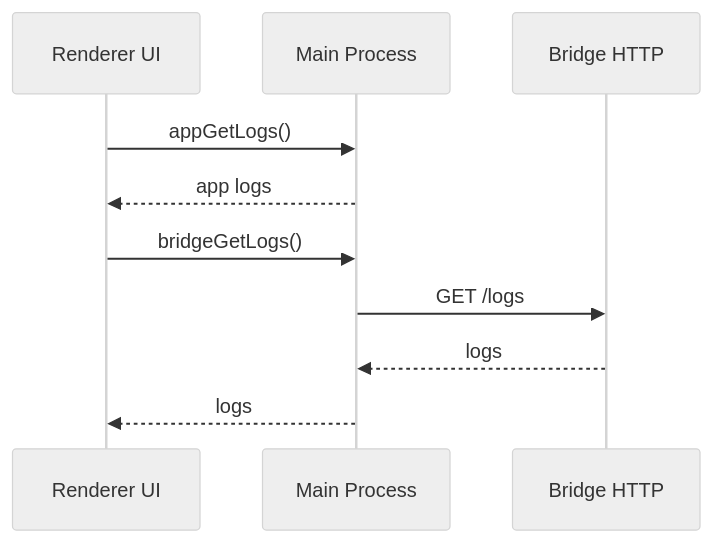
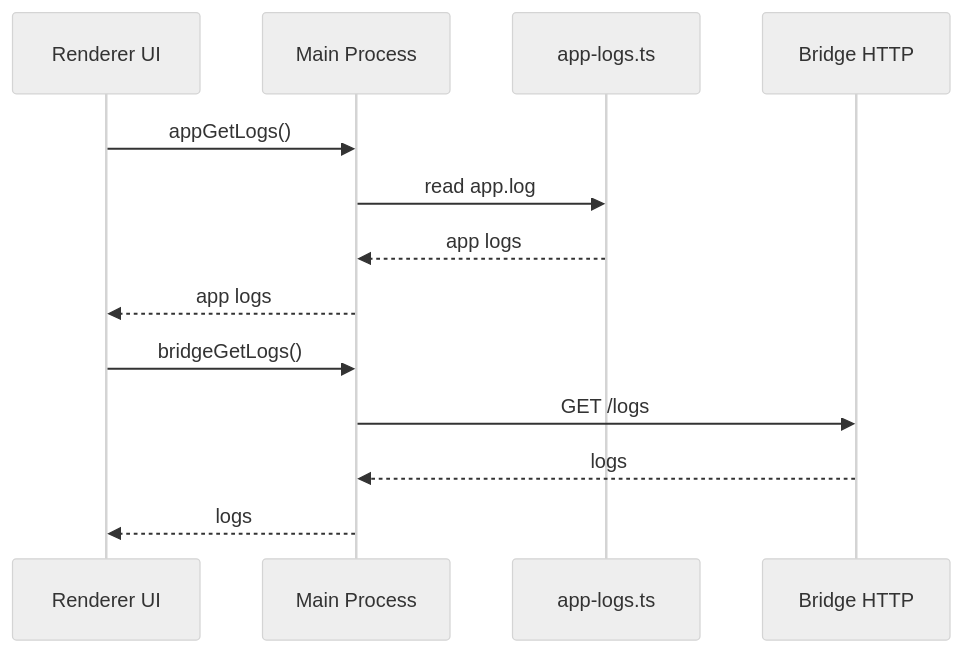
The diagram in docs/desktop/subsystems/logging.md (pivotrecruiting/broadify-bridge), drawn with Mermaid (neutral theme) before and after one commit. The commit also changed other lines of this file and 12 other files, not shown here.

````diff
--- a/docs/desktop/subsystems/logging.md
+++ b/docs/desktop/subsystems/logging.md
@@ -7,14 +7,17 @@
 ```mermaid
 sequenceDiagram
   participant UI as Renderer UI
   participant Main as Main Process
+  participant AppLogs as app-logs.ts
   participant Bridge as Bridge HTTP
 
   UI->>Main: appGetLogs()
+  Main->>AppLogs: read app.log
+  AppLogs-->>Main: app logs
   Main-->>UI: app logs
 
   UI->>Main: bridgeGetLogs()
   Main->>Bridge: GET /logs
   Bridge-->>Main: logs
   Main-->>UI: logs
 ```
````
